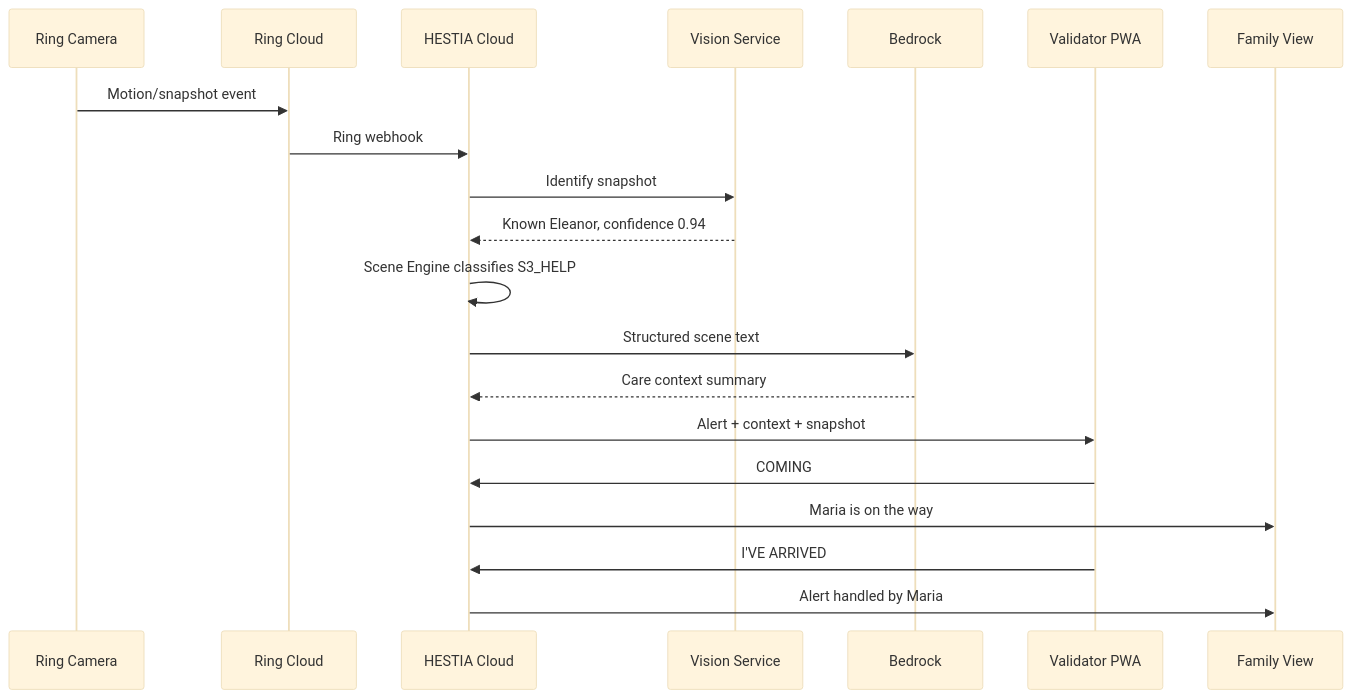
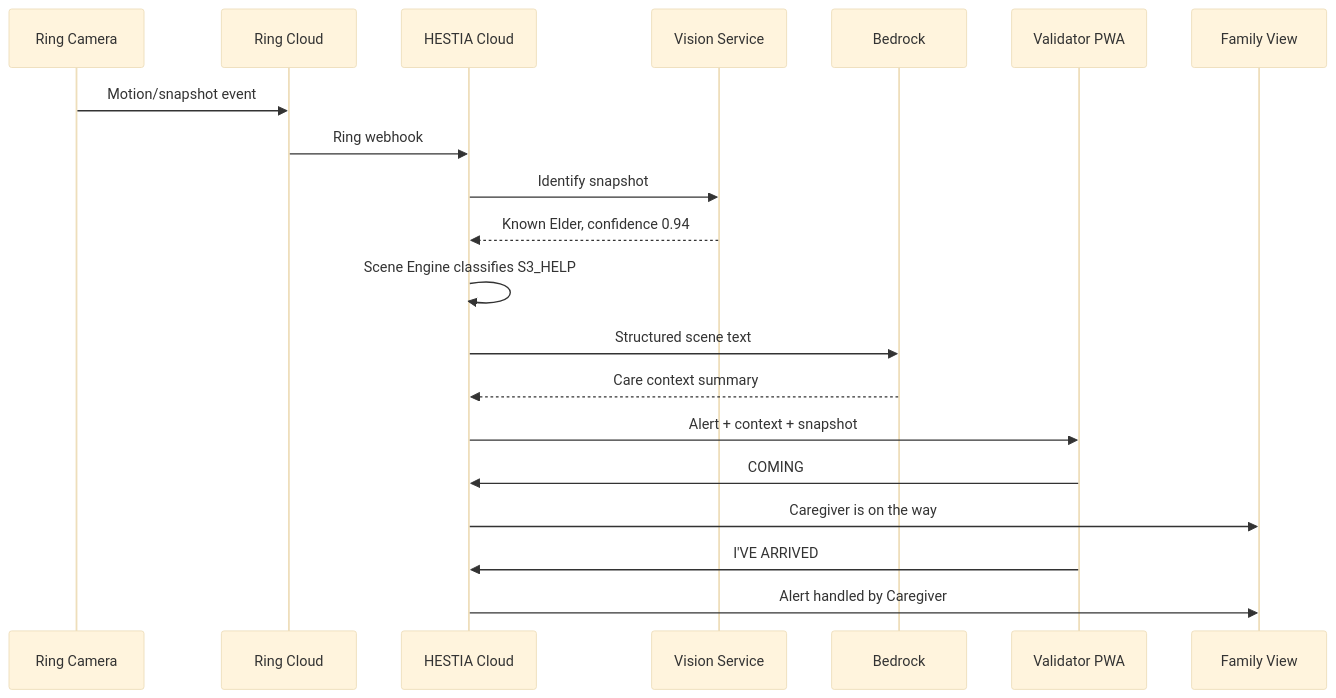
Before and after one commit to oghlam/hestia: the fourth of 4 diagrams in HESTIA-SPRINT-MVP.md, drawn with Mermaid (base theme). The commit also changed other lines of this file and 41 other files, not shown here.

````diff
--- a/HESTIA-SPRINT-MVP.md
+++ b/HESTIA-SPRINT-MVP.md
@@ -567,23 +567,23 @@
 ```mermaid
 sequenceDiagram
     participant R as Ring Camera
     participant RC as Ring Cloud
     participant H as HESTIA Cloud
     participant V as Vision Service
     participant B as Bedrock
     participant P as Validator PWA
     participant F as Family View
 
     R->>RC: Motion/snapshot event
     RC->>H: Ring webhook
     H->>V: Identify snapshot
-    V-->>H: Known Eleanor, confidence 0.94
+    V-->>H: Known Elder, confidence 0.94
     H->>H: Scene Engine classifies S3_HELP
     H->>B: Structured scene text
     B-->>H: Care context summary
     H->>P: Alert + context + snapshot
     P->>H: COMING
-    H->>F: Maria is on the way
+    H->>F: Caregiver is on the way
     P->>H: I'VE ARRIVED
-    H->>F: Alert handled by Maria
+    H->>F: Alert handled by Caregiver
 ```
````
